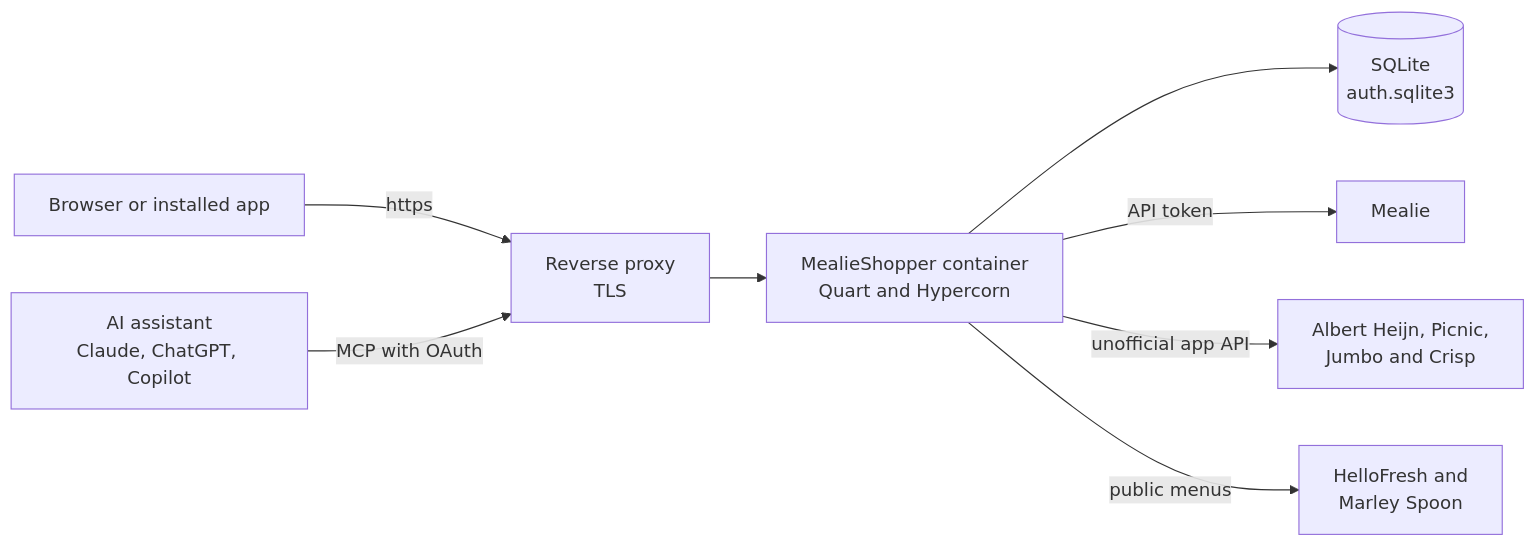
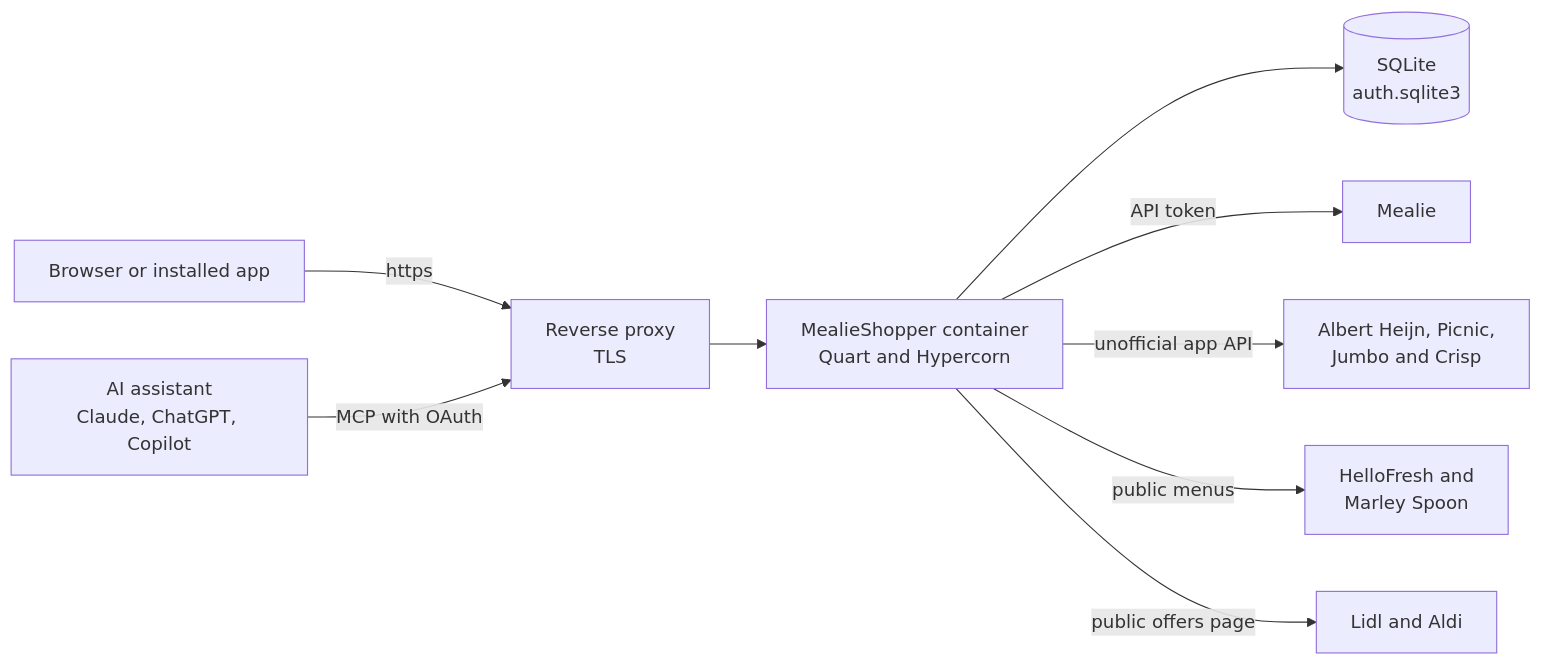
One commit to helmerzNL/MealieShopper changed the diagram in README.en.md. Above: the diagram before and after it, drawn with Mermaid. The commit also changed other lines of this file and 60 other files, not shown here.

First line of the commit message:
Aanbiedingen van Lidl en Aldi, zonder account (4.4.0)

````diff
--- a/README.en.md
+++ b/README.en.md
@@ -232,10 +232,11 @@
 ```mermaid
 flowchart LR
     A[Browser or installed app] -->|https| P[Reverse proxy<br/>TLS]
     AI[AI assistant<br/>Claude, ChatGPT, Copilot] -->|MCP with OAuth| P
     P --> B[MealieShopper container<br/>Quart and Hypercorn]
     B --> D[(SQLite<br/>auth.sqlite3)]
     B -->|API token| M[Mealie]
     B -->|unofficial app API| S[Albert Heijn, Picnic,<br/>Jumbo and Crisp]
     B -->|public menus| K[HelloFresh and<br/>Marley Spoon]
+    B -->|public offers page| L[Lidl and Aldi]
 ```
````
